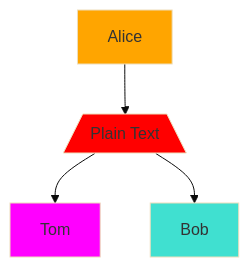
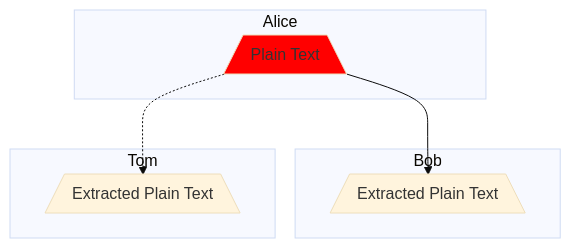
One commit to fialovescoding/transform-crypto changed the first of 4 diagrams in learn/README.md. Above: the diagram before and after it, drawn with Mermaid (base theme). The commit also changed other lines of this file, not shown here.

````diff
--- a/learn/README.md
+++ b/learn/README.md
@@ -33,13 +36,19 @@
 ``` mermaid
 flowchart
-    a[Alice]
-    b[Bob]
-    t[Tom]
-    p[/Plain Text\]
-    a --> p --> t
-    p --> b
-    style a fill:orange
-    style b fill:turquoise
+    subgraph Alice
+        p[/Plain Text\]
+    end
+
+    subgraph Bob
+        ep[/Extracted Plain Text\]
+        p --> ep
+    end
+    
+    subgraph Tom
+        ept[/Extracted Plain Text\]
+        p -.-> ept
+    end
+
     style p fill:red
-    style t fill:magenta
+    style p fill:red
 ```
````
